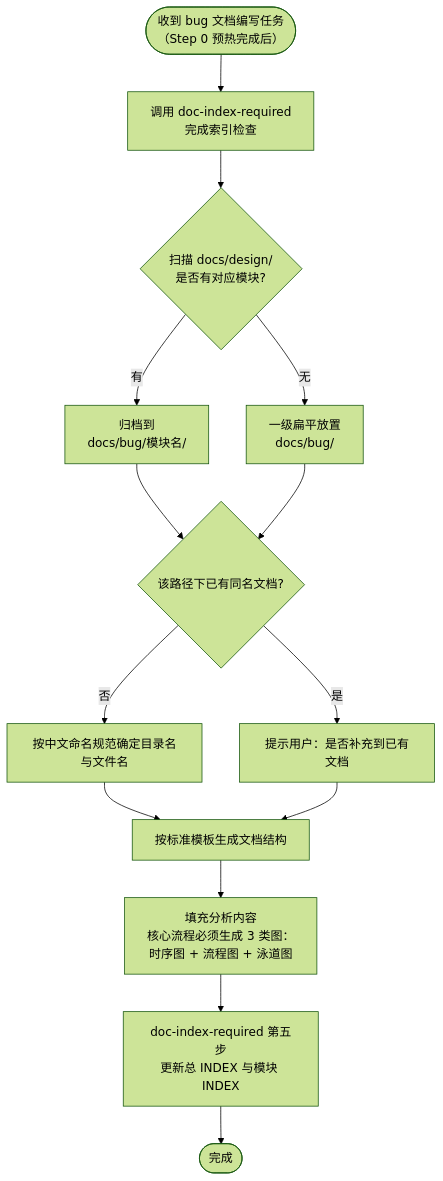
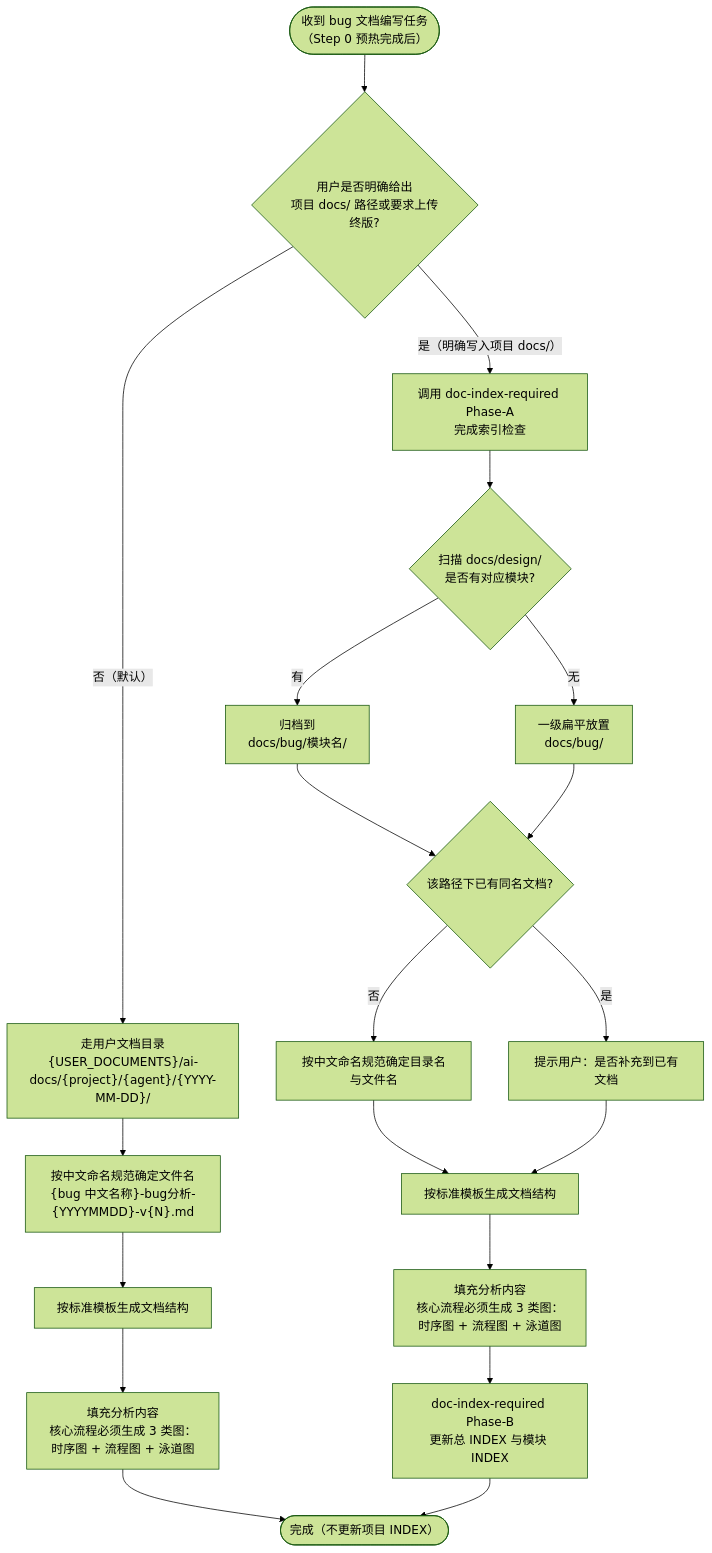
One commit to exception-coder/team-standards changed the first of 4 diagrams in skills/bug-doc-required/SKILL.md. Above: the diagram before and after it, drawn with Mermaid (forest theme). The commit also changed other lines of this file and 11 other files, not shown here.

````diff
--- a/skills/bug-doc-required/SKILL.md
+++ b/skills/bug-doc-required/SKILL.md
@@ -31,16 +31,23 @@
 ```mermaid
 flowchart TD
-    A(["收到 bug 文档编写任务\n（Step 0 预热完成后）"]) --> B["调用 doc-index-required\n完成索引检查"]
+    A(["收到 bug 文档编写任务\n（Step 0 预热完成后）"]) --> P{"用户是否明确给出\n项目 docs/ 路径或要求上传终版?"}
+    P -->|"否（默认）"| USER_DOC["走用户文档目录\n{USER_DOCUMENTS}/ai-docs/{project}/{agent}/{YYYY-MM-DD}/"]
+    USER_DOC --> NAME["按中文命名规范确定文件名\n{bug 中文名称}-bug分析-{YYYYMMDD}-v{N}.md"]
+    NAME --> F["按标准模板生成文档结构"]
+    F --> G["填充分析内容\n核心流程必须生成 3 类图：\n时序图 + 流程图 + 泳道图"]
+    G --> Z(["完成（不更新项目 INDEX）"])
+
+    P -->|"是（明确写入项目 docs/）"| B["调用 doc-index-required Phase-A\n完成索引检查"]
     B --> M{"扫描 docs/design/\n是否有对应模块?"}
     M -->|"有"| M1["归档到\ndocs/bug/模块名/"]
     M -->|"无"| M2["一级扁平放置\ndocs/bug/"]
     M1 --> C{"该路径下已有同名文档?"}
     M2 --> C
     C -->|"是"| D["提示用户：是否补充到已有文档"]
     C -->|"否"| E["按中文命名规范确定目录名与文件名"]
-    E --> F["按标准模板生成文档结构"]
-    F --> G["填充分析内容\n核心流程必须生成 3 类图：\n时序图 + 流程图 + 泳道图"]
-    G --> H["doc-index-required 第五步\n更新总 INDEX 与模块 INDEX"]
-    H --> I(["完成"])
-    D --> F
+    E --> F2["按标准模板生成文档结构"]
+    F2 --> G2["填充分析内容\n核心流程必须生成 3 类图：\n时序图 + 流程图 + 泳道图"]
+    G2 --> H["doc-index-required Phase-B\n更新总 INDEX 与模块 INDEX"]
+    H --> Z
+    D --> F2
 ```
````
